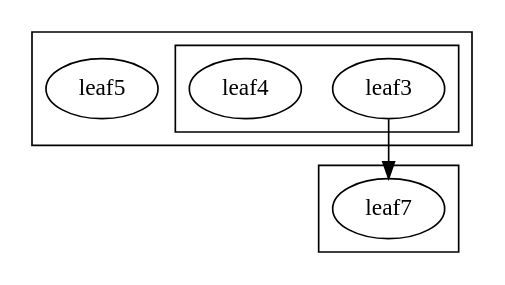
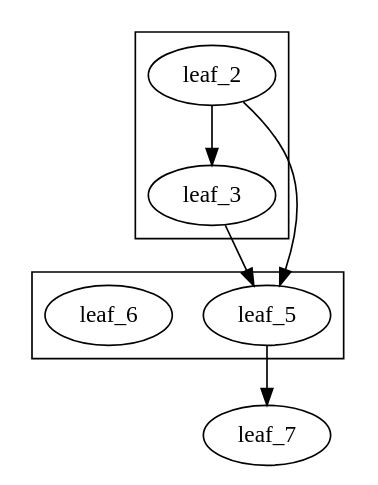
Before and after one commit to stefanrinderle/SoftViz3D: the diagram in x3d/dependency.dot, drawn with Graphviz. The commit also changed 2 other files, not shown here.

```diff
--- a/x3d/dependency.dot
+++ b/x3d/dependency.dot
@@ -1,13 +1,15 @@
 digraph G {
 	subgraph cluster_node_1 {
-		subgraph cluster_node_2 {
-			leaf3;
-			leaf4;
-		}
-		leaf5;
+		leaf_2;
+		leaf_3;
+		leaf_2 -> leaf_3;
 	}
-	subgraph cluster_node_6 {
-		leaf7;
+	subgraph cluster_node_4 {
+		leaf_5;
+		leaf_6;
 	}
-	leaf3 -> leaf7;
+	leaf_7;
+	leaf_5 -> leaf_7;
+	leaf_3 -> leaf_5;
+	leaf_2 -> leaf_5;
 }
```
